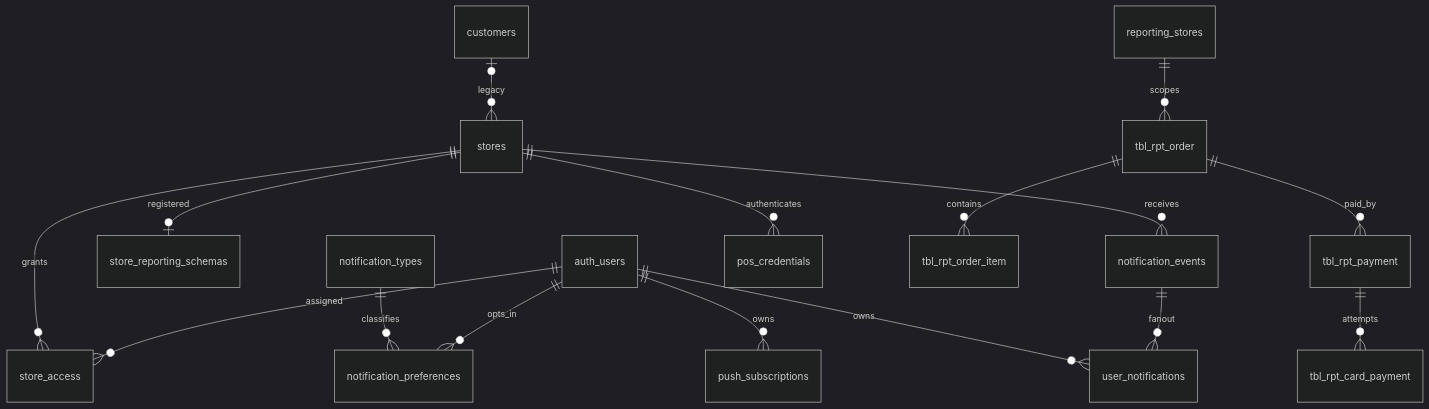
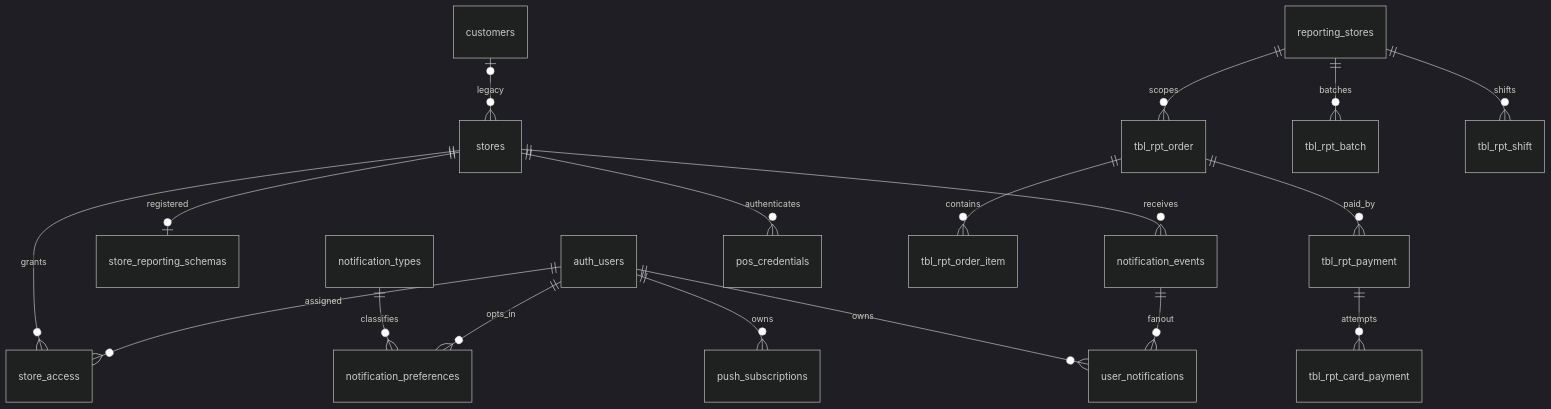
One commit to aarpus/rpos-reporting-app changed the diagram in docs/ai-handover/DATABASE_SCHEMA.md. Above: the diagram before and after it, drawn with Mermaid (dark theme). The commit also changed other lines of this file and 30 other files, not shown here.

````diff
--- a/docs/ai-handover/DATABASE_SCHEMA.md
+++ b/docs/ai-handover/DATABASE_SCHEMA.md
@@ -11,18 +11,20 @@
 ```mermaid
 erDiagram
   auth_users ||--o{ store_access : assigned
   stores ||--o{ store_access : grants
   stores ||--o| store_reporting_schemas : registered
   customers o|--o{ stores : legacy
   auth_users ||--o{ notification_preferences : opts_in
   notification_types ||--o{ notification_preferences : classifies
   stores ||--o{ notification_events : receives
   notification_events ||--o{ user_notifications : fanout
   auth_users ||--o{ user_notifications : owns
   auth_users ||--o{ push_subscriptions : owns
   stores ||--o{ pos_credentials : authenticates
   reporting_stores ||--o{ tbl_rpt_order : scopes
   tbl_rpt_order ||--o{ tbl_rpt_order_item : contains
   tbl_rpt_order ||--o{ tbl_rpt_payment : paid_by
   tbl_rpt_payment ||--o{ tbl_rpt_card_payment : attempts
+  reporting_stores ||--o{ tbl_rpt_batch : batches
+  reporting_stores ||--o{ tbl_rpt_shift : shifts
 ```
````
